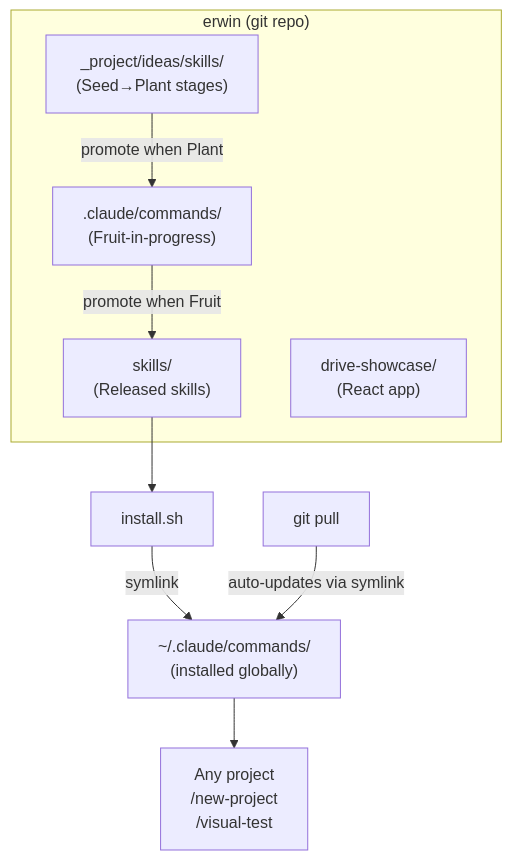
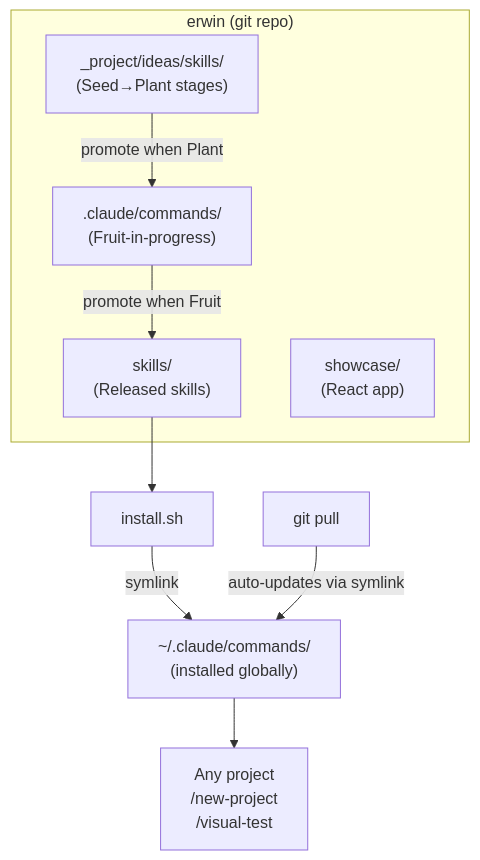
Before and after one commit to lysfighting/erwin: the diagram in docs/erwin-skills-incubator-architecture.md, drawn with Mermaid. The commit also changed other lines of this file and 53 other files, not shown here.

First line of the commit message:
refactor(root): rename drive-showcase/ → showcase/

````diff
--- a/docs/erwin-skills-incubator-architecture.md
+++ b/docs/erwin-skills-incubator-architecture.md
@@ -261,23 +261,23 @@
 ```mermaid
 graph TB
     subgraph erwin["erwin (git repo)"]
         IDEAS["_project/ideas/skills/\n(Seed→Plant stages)"]
         INCUBATE[".claude/commands/\n(Fruit-in-progress)"]
         RELEASED["skills/\n(Released skills)"]
-        SHOWCASE["drive-showcase/\n(React app)"]
+        SHOWCASE["showcase/\n(React app)"]
 
         IDEAS -->|"promote when Plant"| INCUBATE
         INCUBATE -->|"promote when Fruit"| RELEASED
     end
 
     INSTALL["install.sh"]
     GLOBAL["~/.claude/commands/\n(installed globally)"]
     ANY["Any project\n/new-project\n/visual-test"]
 
     RELEASED --> INSTALL
     INSTALL -->|"symlink"| GLOBAL
     GLOBAL --> ANY
 
     UPDATE["git pull"]
     UPDATE -->|"auto-updates via symlink"| GLOBAL
 ```
````
